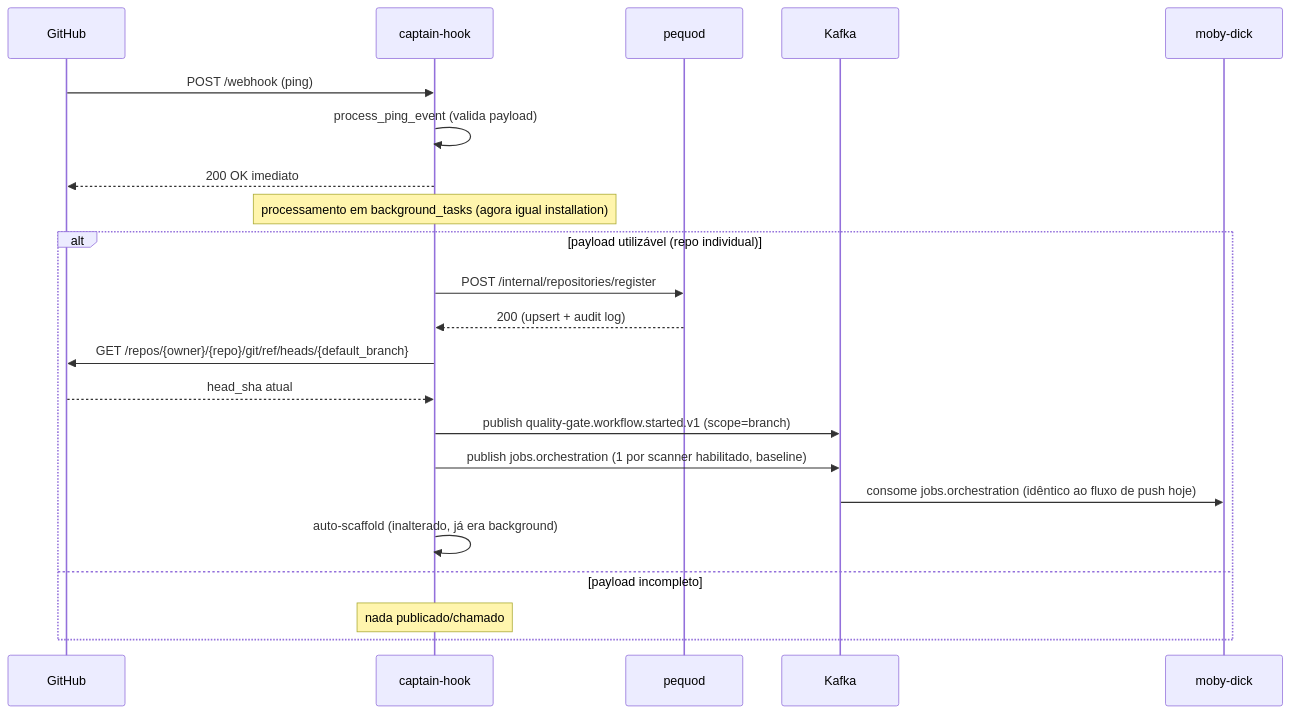
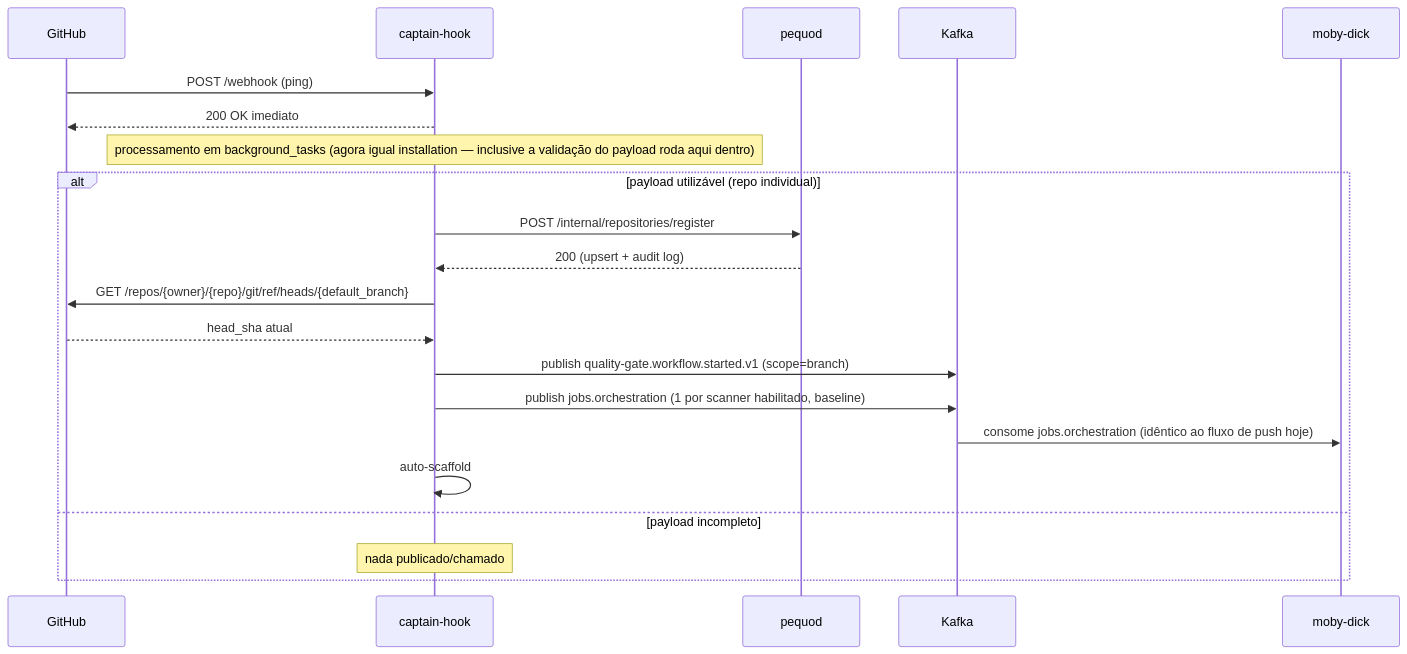
The first of 2 diagrams in docs/design/ping-install-rest-migration.md (OdinEye-FIAP/aspm-docs), drawn with Mermaid before and after one commit. The commit also changed other lines of this file, not shown here.

Commit message:
docs: ping fica 100 por cento dentro do background_tasks, sem etapa sincrona de validacao (igual installation)

````diff
--- a/docs/design/ping-install-rest-migration.md
+++ b/docs/design/ping-install-rest-migration.md
@@ -153,26 +167,25 @@
 ```mermaid
 sequenceDiagram
     participant GH as GitHub
     participant CH as captain-hook
     participant PQ as pequod
     participant K as Kafka
     participant MD as moby-dick
 
     GH->>CH: POST /webhook (ping)
-    CH->>CH: process_ping_event (valida payload)
     CH-->>GH: 200 OK imediato
-    Note over CH: processamento em background_tasks (agora igual installation)
+    Note over CH: processamento em background_tasks (agora igual installation — inclusive a validação do payload roda aqui dentro)
 
     alt payload utilizável (repo individual)
         CH->>PQ: POST /internal/repositories/register
         PQ-->>CH: 200 (upsert + audit log)
         CH->>GH: GET /repos/{owner}/{repo}/git/ref/heads/{default_branch}
         GH-->>CH: head_sha atual
         CH->>K: publish quality-gate.workflow.started.v1 (scope=branch)
         CH->>K: publish jobs.orchestration (1 por scanner habilitado, baseline)
         K->>MD: consome jobs.orchestration (idêntico ao fluxo de push hoje)
-        CH->>CH: auto-scaffold (inalterado, já era background)
+        CH->>CH: auto-scaffold
     else payload incompleto
         Note over CH: nada publicado/chamado
     end
 ```
````
